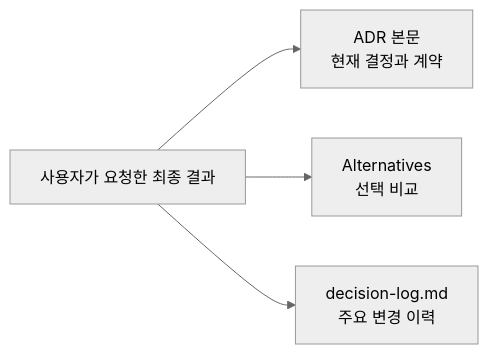
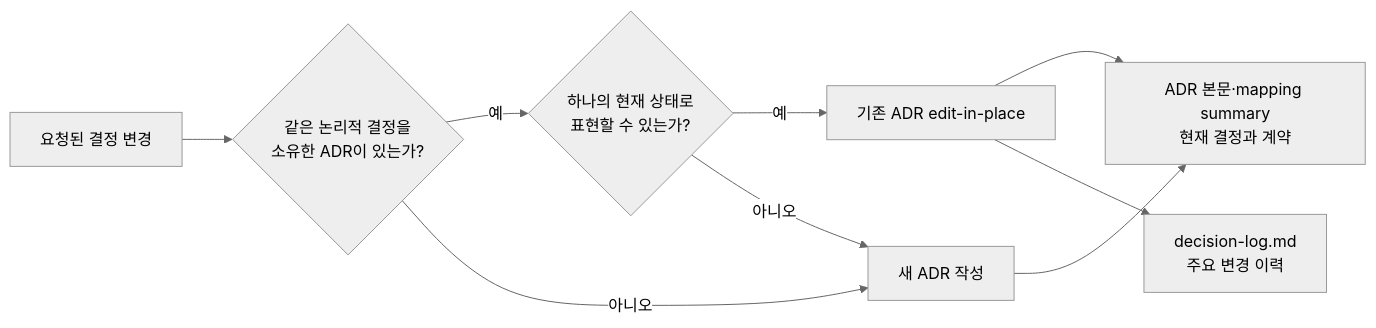
The diagram in docs/adr/adr-authoring/current-state/0001-record-only-the-final-decision-state.md (haandol/alps-writer-mcp), drawn with Mermaid (neutral theme) before and after one commit. The commit also changed other lines of this file and 38 other files, not shown here.

````diff
--- a/docs/adr/adr-authoring/current-state/0001-record-only-the-final-decision-state.md
+++ b/docs/adr/adr-authoring/current-state/0001-record-only-the-final-decision-state.md
@@ -26,11 +33,19 @@
 ```mermaid
 flowchart LR
-    Request["사용자가 요청한 최종 결과"]
-    Body["ADR 본문<br/>현재 결정과 계약"]
-    Alternatives["Alternatives<br/>선택 비교"]
+    Request["요청된 결정 변경"]
+    Existing{"같은 논리적 결정을<br/>소유한 ADR이 있는가?"}
+    Single{"하나의 현재 상태로<br/>표현할 수 있는가?"}
+    Update["기존 ADR edit-in-place"]
+    Create["새 ADR 작성"]
+    Body["ADR 본문·mapping summary<br/>현재 결정과 계약"]
     Log["decision-log.md<br/>주요 변경 이력"]
 
-    Request --> Body
-    Request --> Alternatives
-    Request --> Log
+    Request --> Existing
+    Existing -->|예| Single
+    Existing -->|아니오| Create
+    Single -->|예| Update
+    Single -->|아니오| Create
+    Update --> Body
+    Update --> Log
+    Create --> Body
 ```
````
